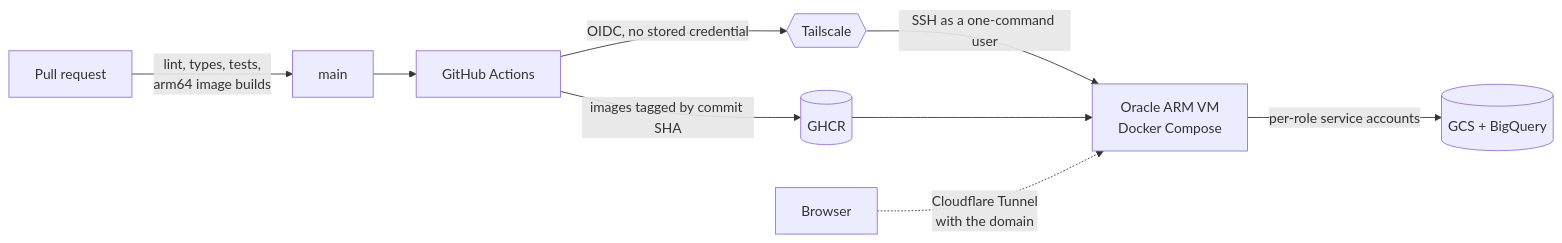
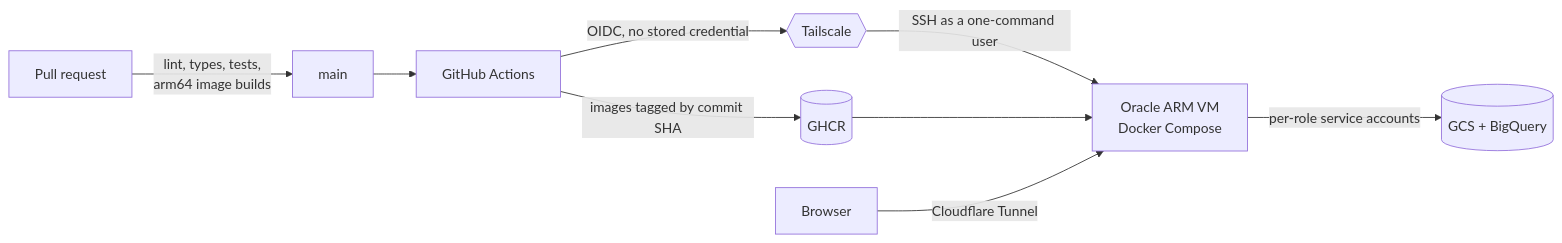
The second of 2 diagrams in README.md (ErenReyhanlioglu/tracemail), drawn with Mermaid before and after one commit. The commit also changed other lines of this file and 3 other files, not shown here.

````diff
--- a/README.md
+++ b/README.md
@@ -71,11 +75,11 @@
 ```mermaid
 flowchart LR
     PR[Pull request] -->|lint, types, tests,<br/>arm64 image builds| MAIN[main]
     MAIN --> GH[GitHub Actions]
     GH -->|images tagged by commit SHA| GHCR[(GHCR)]
     GH -->|OIDC, no stored credential| TS{{Tailscale}}
     TS -->|SSH as a one-command user| VM[Oracle ARM VM<br/>Docker Compose]
     GHCR --> VM
     VM -->|per-role service accounts| GCP[(GCS + BigQuery)]
-    U[Browser] -.->|Cloudflare Tunnel<br/>with the domain| VM
+    U[Browser] -->|Cloudflare Tunnel| VM
 ```
````
